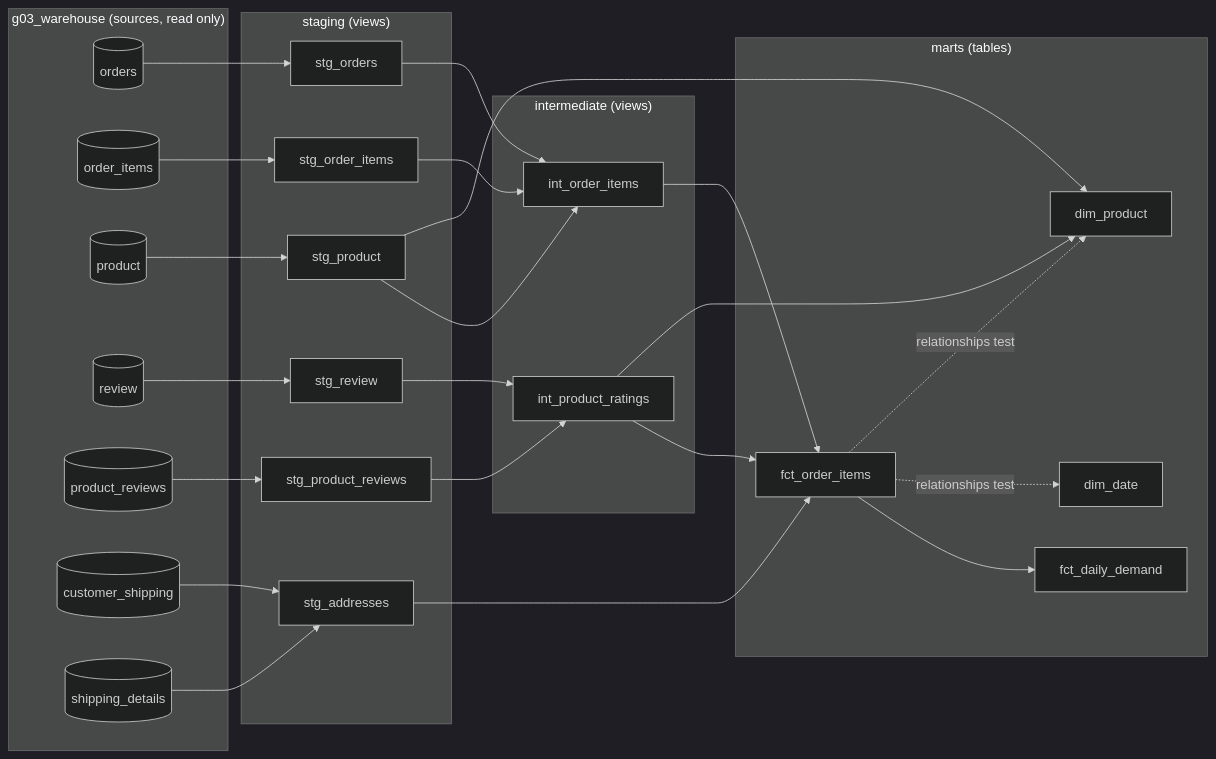
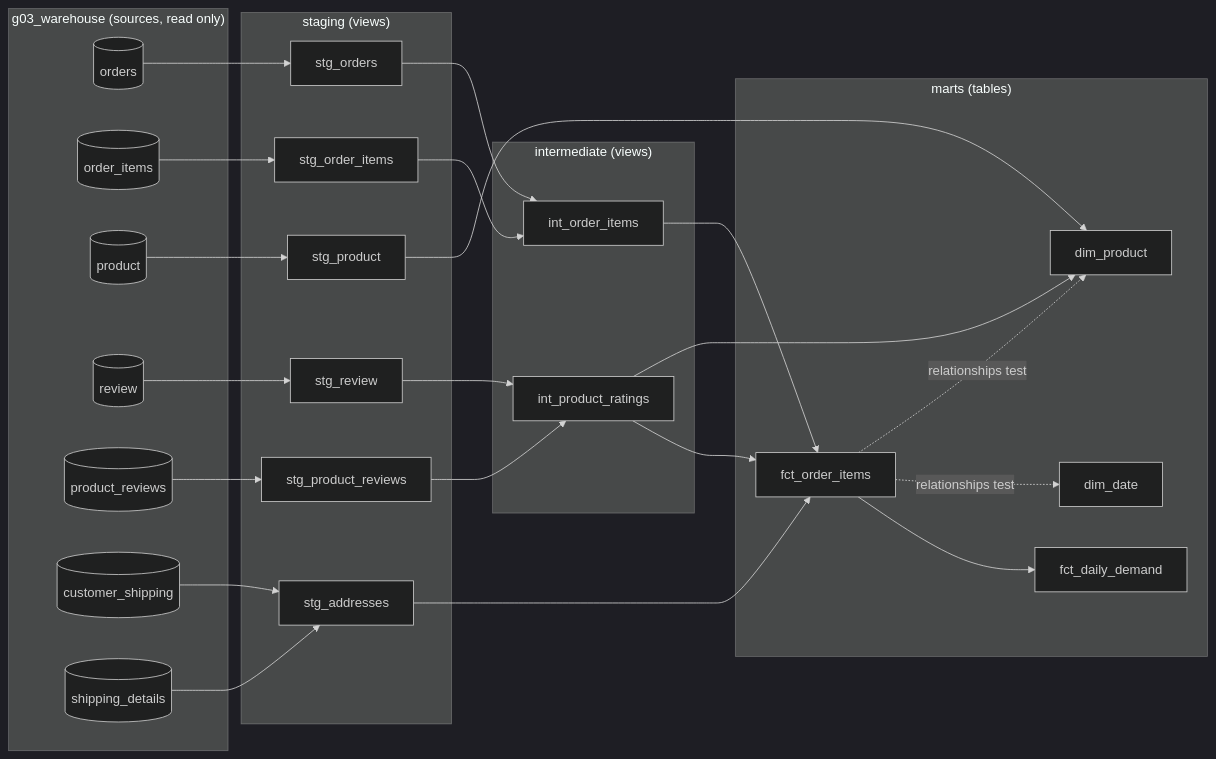
One commit to lucasduthu/Group-3-Data-Eng-CLoud-Infra changed the diagram in docs/lineage.md. Above: the diagram before and after it, drawn with Mermaid (dark theme). The commit also changed other lines of this file and 3 other files, not shown here.

````diff
--- a/docs/lineage.md
+++ b/docs/lineage.md
@@ -9,57 +9,56 @@
 ```mermaid
 flowchart LR
   subgraph src["g03_warehouse (sources, read only)"]
     orders[(orders)]
     order_items[(order_items)]
     product[(product)]
     review[(review)]
     product_reviews[(product_reviews)]
     customer_shipping[(customer_shipping)]
     shipping_details[(shipping_details)]
   end
 
   subgraph stg["staging (views)"]
     stg_orders
     stg_order_items
     stg_product
     stg_review
     stg_product_reviews
     stg_addresses
   end
 
   subgraph int["intermediate (views)"]
     int_order_items
     int_product_ratings
   end
 
   subgraph marts["marts (tables)"]
     fct_order_items
     fct_daily_demand
     dim_product
     dim_date
   end
 
   orders --> stg_orders
   order_items --> stg_order_items
   product --> stg_product
   review --> stg_review
   product_reviews --> stg_product_reviews
   customer_shipping --> stg_addresses
   shipping_details --> stg_addresses
 
   stg_order_items --> int_order_items
   stg_orders --> int_order_items
-  stg_product --> int_order_items
   stg_product_reviews --> int_product_ratings
   stg_review --> int_product_ratings
 
   int_order_items --> fct_order_items
   stg_addresses --> fct_order_items
   int_product_ratings --> fct_order_items
   stg_product --> dim_product
   int_product_ratings --> dim_product
   fct_order_items --> fct_daily_demand
 
   fct_order_items -. "relationships test" .-> dim_date
   fct_order_items -. "relationships test" .-> dim_product
 ```
````
